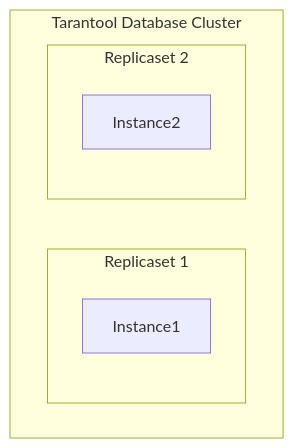
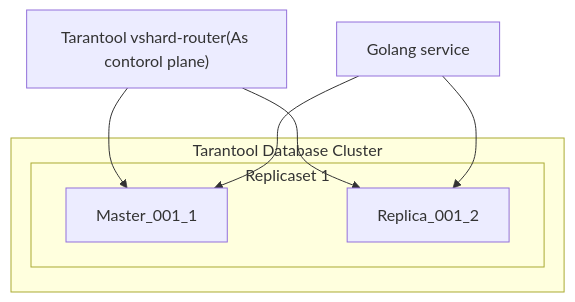
The second of 2 diagrams in README.md (KaymeKaydex/go-vshard-router), drawn with Mermaid before and after one commit. The commit also changed other lines of this file, not shown here.

````diff
--- a/README.md
+++ b/README.md
@@ -5,11 +30,19 @@
 ```mermaid
 graph TD
     subgraph Tarantool Database Cluster
         subgraph Replicaset 1
-            Instance1
+            Master_001_1
+            Replica_001_2
         end
-        subgraph Replicaset 2
-            Instance2
-        end
+
     end
+
+ROUTER1["Tarantool vshard-router(As contorol plane)"]
+
+ROUTER1 --> Master_001_1
+ROUTER1 --> Replica_001_2
+
+GO["Golang service"]
+GO --> Master_001_1
+GO --> Replica_001_2
 ```
````
